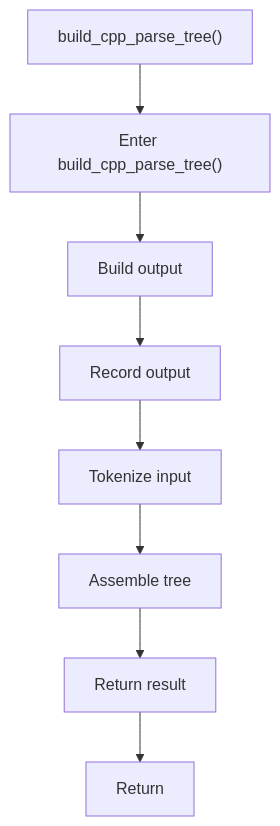
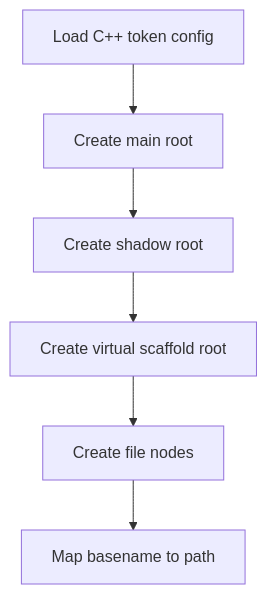
The fourth of 9 diagrams in docs/Codebase/Microservice/Modules/Source/Trees/ClassGeneration/Actual/core.cpp.md (JohnAndrewBalbarosa/NeoTerritory), drawn with Mermaid before and after one commit. The commit also changed other lines of this file and 915 other files, not shown here.

````diff
--- a/docs/Codebase/Microservice/Modules/Source/Trees/ClassGeneration/Actual/core.cpp.md
+++ b/docs/Codebase/Microservice/Modules/Source/Trees/ClassGeneration/Actual/core.cpp.md
@@ -151,18 +70,10 @@
 ```mermaid
 flowchart TD
-    Start["build_cpp_parse_tree()"]
-    N0["Enter build_cpp_parse_tree()"]
-    N1["Build output"]
-    N2["Record output"]
-    N3["Tokenize input"]
-    N4["Assemble tree"]
-    N5["Return result"]
-    End["Return"]
-    Start --> N0
-    N0 --> N1
-    N1 --> N2
-    N2 --> N3
-    N3 --> N4
-    N4 --> N5
-    N5 --> End
+    N0["Load C++ token config"]
+    N1["Create main root"]
+    N2["Create shadow root"]
+    N3["Create virtual scaffold root"]
+    N4["Create file nodes"]
+    N5["Map basename to path"]
+    N0 --> N1 --> N2 --> N3 --> N4 --> N5
 ```
````
